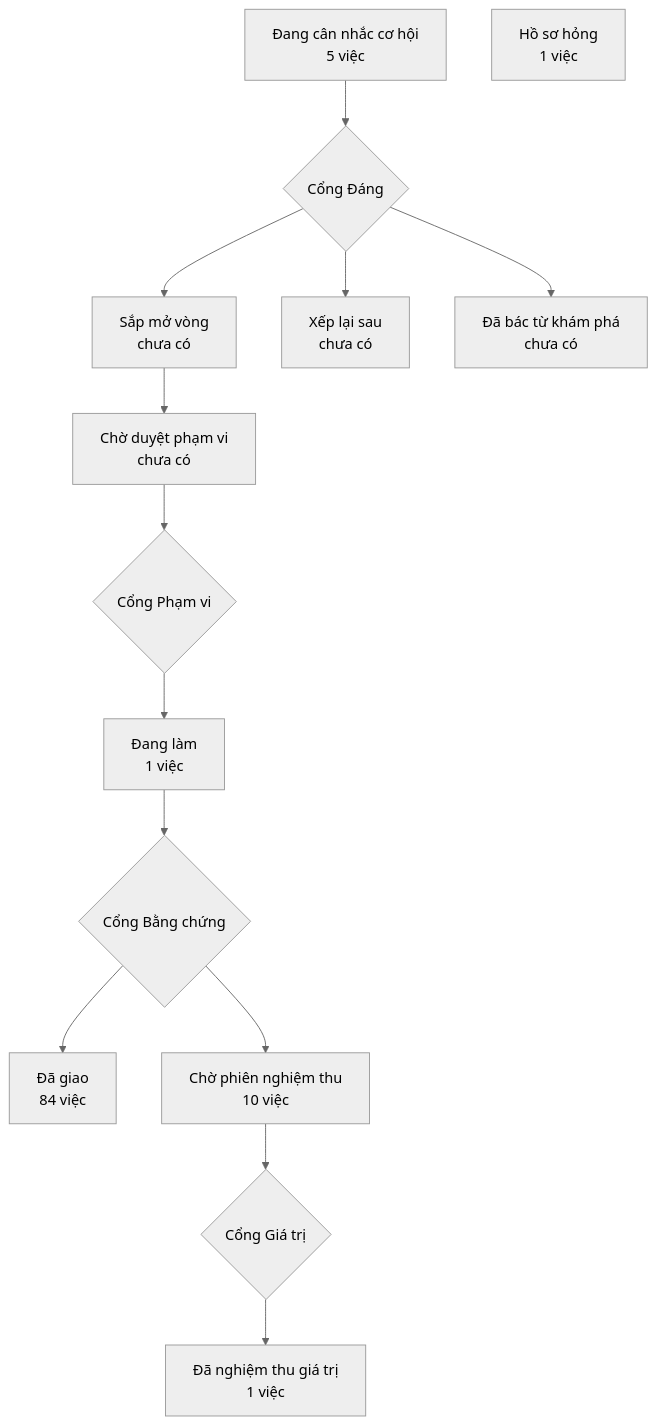
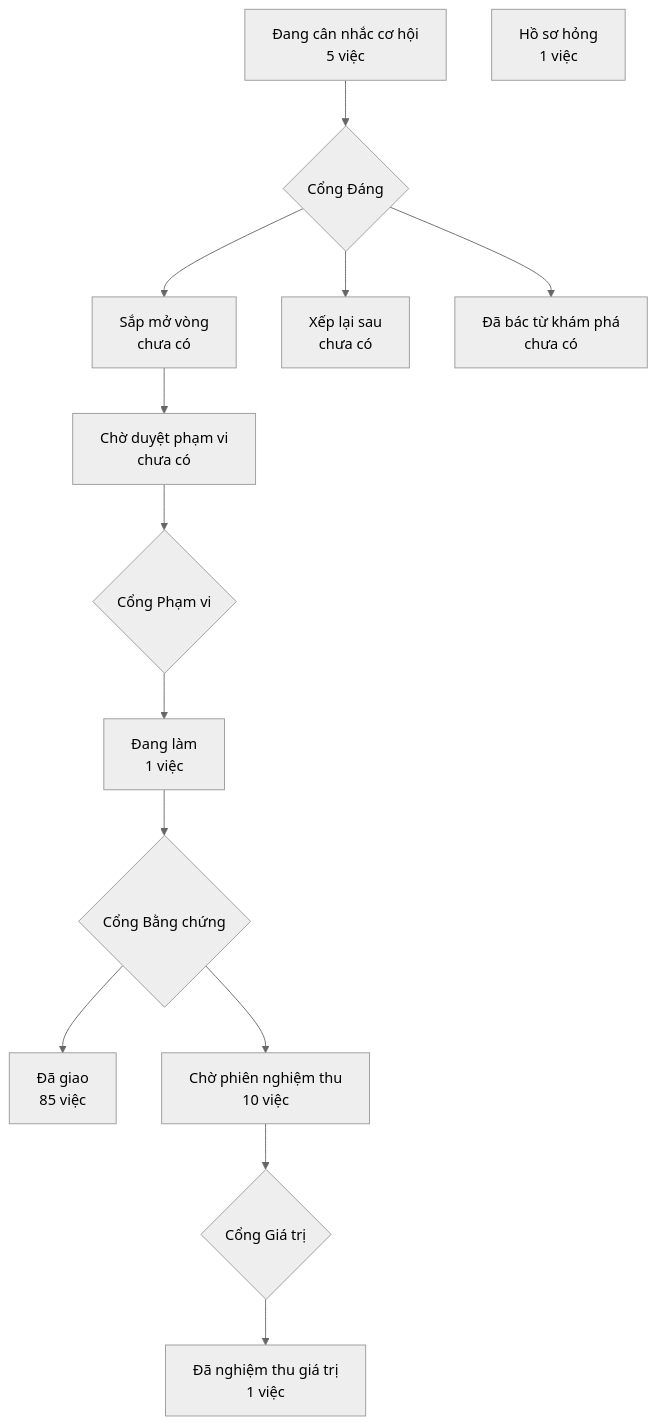
One commit to phanlemanh/crm-onehub changed the diagram in PRODUCT-MAP.md. Above: the diagram before and after it, drawn with Mermaid (neutral theme). The commit also changed other lines of this file and 3 other files, not shown here.

````diff
--- a/PRODUCT-MAP.md
+++ b/PRODUCT-MAP.md
@@ -6,13 +6,13 @@
 ```mermaid
 flowchart TD
   A["Đang cân nhắc cơ hội<br/>5 việc"] --> GD{"Cổng Đáng"}
   GD --> B["Sắp mở vòng<br/>chưa có"]
   GD --> XL["Xếp lại sau<br/>chưa có"]
   GD --> DB["Đã bác từ khám phá<br/>chưa có"]
   B --> CD["Chờ duyệt phạm vi<br/>chưa có"] --> GP{"Cổng Phạm vi"}
   GP --> DL["Đang làm<br/>1 việc"] --> GB{"Cổng Bằng chứng"}
-  GB --> DG["Đã giao<br/>84 việc"]
+  GB --> DG["Đã giao<br/>85 việc"]
   GB --> CN["Chờ phiên nghiệm thu<br/>10 việc"] --> GG{"Cổng Giá trị"}
   GG --> NT["Đã nghiệm thu giá trị<br/>1 việc"]
   HS["Hồ sơ hỏng<br/>1 việc"]
 ```
````
